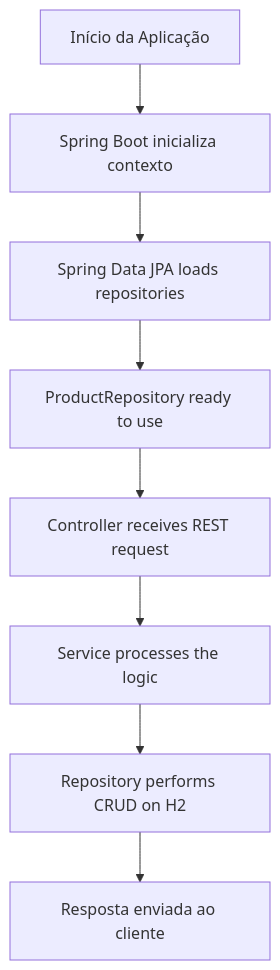
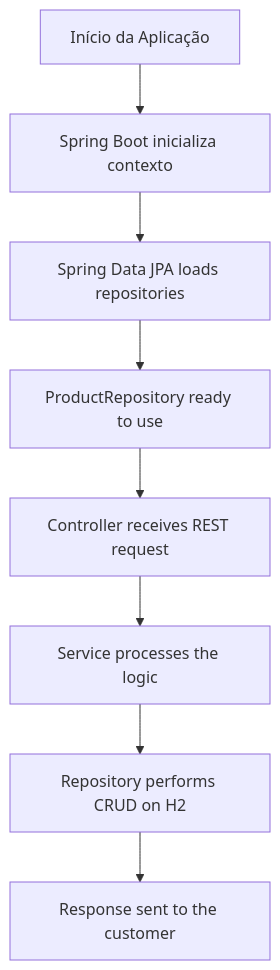
One commit to KleberVales/spring-data-jpa-demo changed the diagram in README.md. Above: the diagram before and after it, drawn with Mermaid.

````diff
--- a/README.md
+++ b/README.md
@@ -92,10 +92,10 @@
 ```mermaid
 flowchart TD
     A[Início da Aplicação] --> B[Spring Boot inicializa contexto]
     B --> C[Spring Data JPA loads repositories]
     C --> D[ProductRepository ready to use]
     D --> E[Controller receives REST request]
     E --> F[Service processes the logic]
     F --> G[Repository performs CRUD on H2]
-    G --> H[Resposta enviada ao cliente]
+    G --> H[Response sent to the customer]
 ```
````
